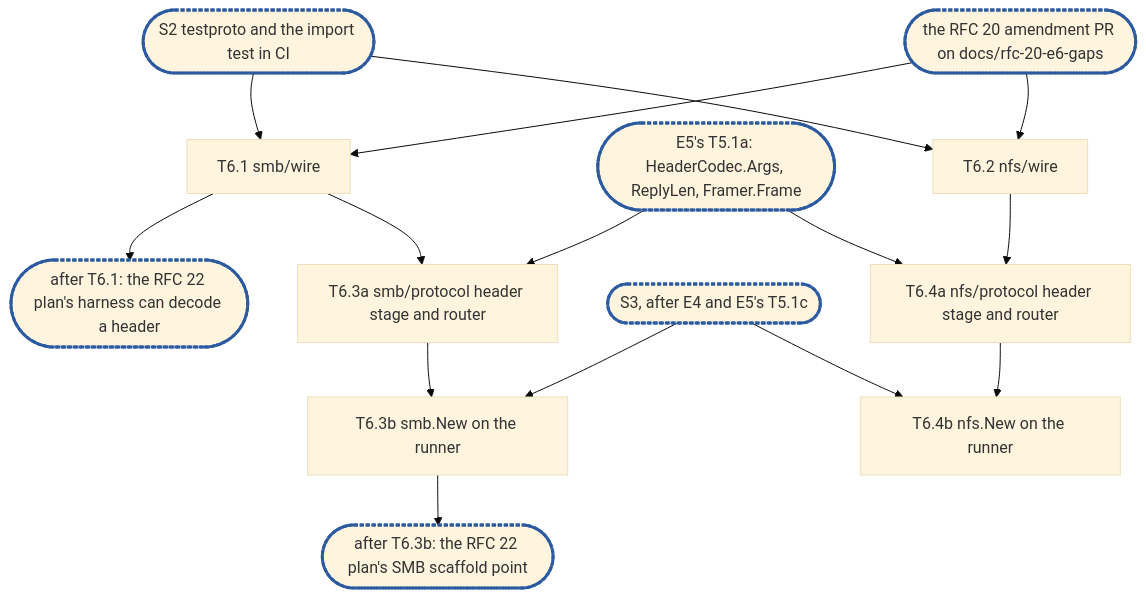
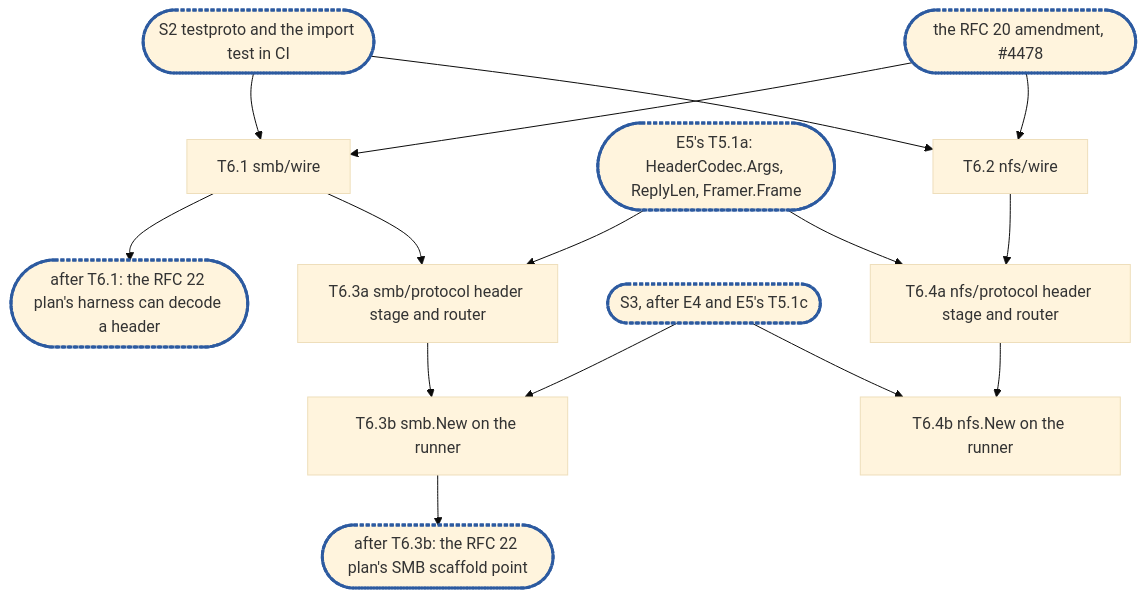
Before and after one commit to cubbit/dittofs: the diagram in docs/internals/planning/rfc-20-adapters-epic6.md, drawn with Mermaid (base theme). The commit also changed other lines of this file, not shown here.

Commit message:
docs(planning): epic 6 names the RFC 20 amendment, #4478

````diff
--- a/docs/internals/planning/rfc-20-adapters-epic6.md
+++ b/docs/internals/planning/rfc-20-adapters-epic6.md
@@ -815,18 +815,18 @@
 ```mermaid
 flowchart TD
   S2(["S2 testproto and the import test in CI"]):::sync --> T6_1["T6.1 smb/wire"]
-  A(["the RFC 20 amendment PR on docs/rfc-20-e6-gaps"]):::sync --> T6_1
+  A(["the RFC 20 amendment, #4478"]):::sync --> T6_1
   T6_1 --> C1(["after T6.1: the RFC 22 plan's harness can decode a header"]):::sync
   T6_1 --> T6_3a["T6.3a smb/protocol header stage and router"]
   H(["E5's T5.1a: HeaderCodec.Args, ReplyLen, Framer.Frame"]):::sync --> T6_3a
   T6_3a --> T6_3b["T6.3b smb.New on the runner"]
   S3(["S3, after E4 and E5's T5.1c"]):::sync --> T6_3b
   T6_3b --> C2(["after T6.3b: the RFC 22 plan's SMB scaffold point"]):::sync
   S2 --> T6_2["T6.2 nfs/wire"]
   A --> T6_2
   T6_2 --> T6_4a["T6.4a nfs/protocol header stage and router"]
   H --> T6_4a
   T6_4a --> T6_4b["T6.4b nfs.New on the runner"]
   S3 --> T6_4b
   classDef sync stroke:#2c5aa0,stroke-width:3px,stroke-dasharray:4 2
 ```
````
